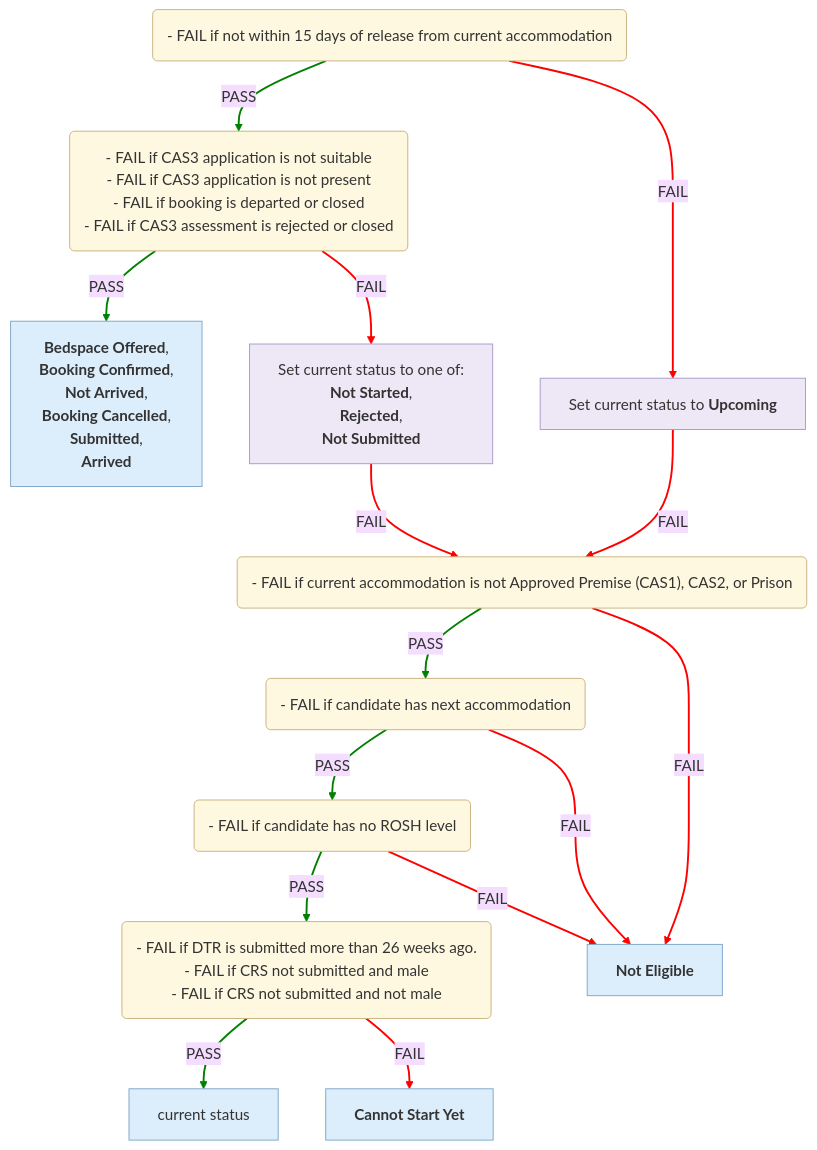
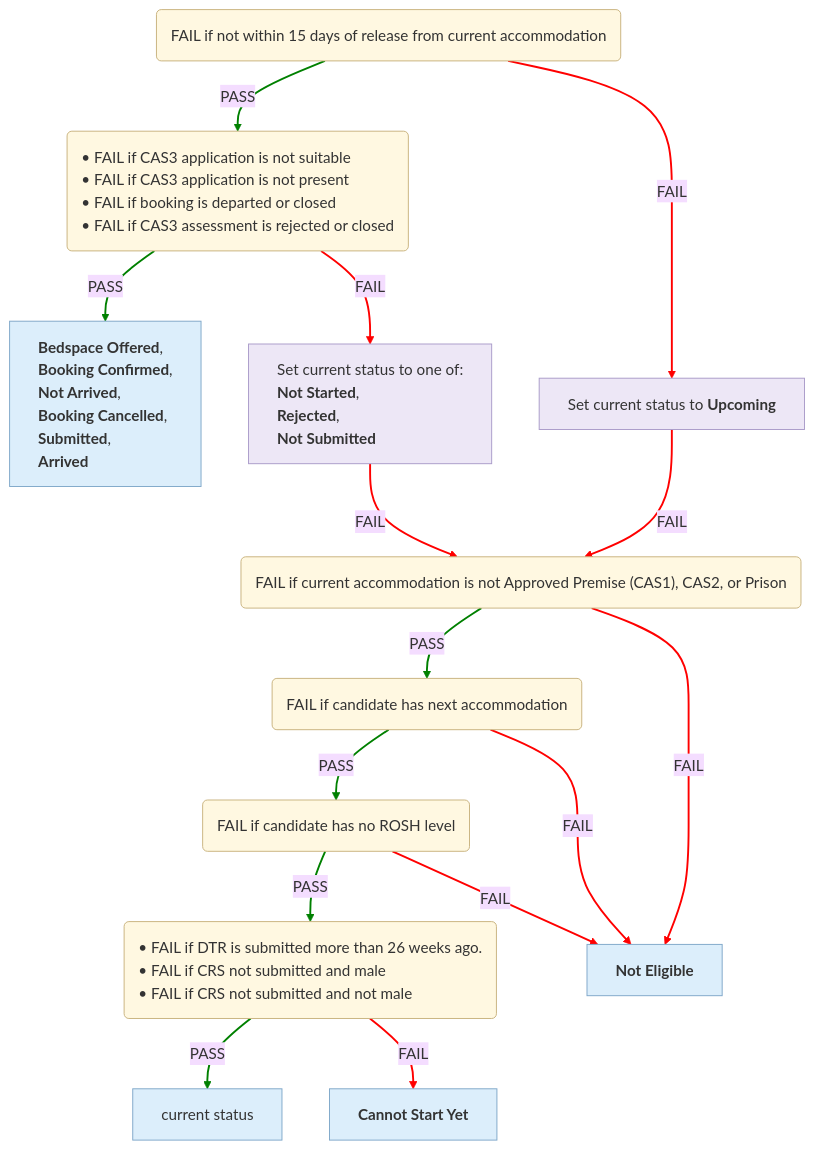
One commit to uk-gov-mirror/ministryofjustice.hmpps-single-accommodation-service-api changed the third of 6 diagrams in docs/eligibility-rules-graph.md. Above: the diagram before and after it, drawn with Mermaid (base theme). The commit also changed other lines of this file and 2 other files, not shown here.

Commit message:
chore/SAS-1532-Use-UI-statuses-in-graph-instead-of-enums

````diff
--- a/docs/eligibility-rules-graph.md
+++ b/docs/eligibility-rules-graph.md
@@ -284,51 +284,51 @@
 ```mermaid
 %%{init: {"flowchart": {"wrappingWidth": 800}}}%%
 flowchart TD
-  Upcoming("- FAIL if not within 15 days of release from current accommodation")
-  Suitability("- FAIL if CAS3 application is not suitable
-- FAIL if CAS3 application is not present
-- FAIL if booking is departed or closed
-- FAIL if CAS3 assessment is rejected or closed")
-  updater_Bedspace_Offered___Booking_Confirmed___Not_Arrived___Booking_Cancelled___Submitted___Arrived["<b>Bedspace Offered</b>,
+  Upcoming("<div style='text-align:left'>FAIL if not within 15 days of release from current accommodation</div>")
+  Suitability("<div style='text-align:left'>• FAIL if CAS3 application is not suitable
+• FAIL if CAS3 application is not present
+• FAIL if booking is departed or closed
+• FAIL if CAS3 assessment is rejected or closed</div>")
+  updater_Bedspace_Offered___Booking_Confirmed___Not_Arrived___Booking_Cancelled___Submitted___Arrived["<div style='text-align:left'><b>Bedspace Offered</b>,
  <b>Booking Confirmed</b>,
  <b>Not Arrived</b>,
  <b>Booking Cancelled</b>,
  <b>Submitted</b>,
- <b>Arrived</b>"]
-  updater_Set_current_status_to_one_of__Not_Started___Rejected___Not_Submitted["Set current status to one of:
+ <b>Arrived</b></div>"]
+  updater_Set_current_status_to_one_of__Not_Started___Rejected___Not_Submitted["<div style='text-align:left'>Set current status to one of:
 <b>Not Started</b>,
  <b>Rejected</b>,
- <b>Not Submitted</b>"]
-  Eligibility_Current_Accommodation("- FAIL if current accommodation is not Approved Premise (CAS1), CAS2, or Prison")
-  Eligibility_Next_Accommodation("- FAIL if candidate has next accommodation")
-  Eligibility_Rosh("- FAIL if candidate has no ROSH level")
-  Prerequisite("- FAIL if DTR is submitted more than 26 weeks ago.
-- FAIL if CRS not submitted and male
-- FAIL if CRS not submitted and not male")
-  current_status["current status"]
-  updater_Cannot_Start_Yet["<b>Cannot Start Yet</b>"]
-  Not_Eligible["<b>Not Eligible</b>"]
-  updater_Set_current_status_to_Upcoming["Set current status to <b>Upcoming</b>"]
+ <b>Not Submitted</b></div>"]
+  Eligibility_Current_Accommodation("<div style='text-align:left'>FAIL if current accommodation is not Approved Premise (CAS1), CAS2, or Prison</div>")
+  Eligibility_Next_Accommodation("<div style='text-align:left'>FAIL if candidate has next accommodation</div>")
+  Eligibility_Rosh("<div style='text-align:left'>FAIL if candidate has no ROSH level</div>")
+  Prerequisite("<div style='text-align:left'>• FAIL if DTR is submitted more than 26 weeks ago.
+• FAIL if CRS not submitted and male
+• FAIL if CRS not submitted and not male</div>")
+  current_status["<div style='text-align:left'>current status</div>"]
+  updater_Cannot_Start_Yet["<div style='text-align:left'><b>Cannot Start Yet</b></div>"]
+  Not_Eligible["<div style='text-align:left'><b>Not Eligible</b></div>"]
+  updater_Set_current_status_to_Upcoming["<div style='text-align:left'>Set current status to <b>Upcoming</b></div>"]
   Suitability -->|PASS| updater_Bedspace_Offered___Booking_Confirmed___Not_Arrived___Booking_Cancelled___Submitted___Arrived
   Suitability -->|FAIL| updater_Set_current_status_to_one_of__Not_Started___Rejected___Not_Submitted
   Prerequisite -->|PASS| current_status
   Prerequisite -->|FAIL| updater_Cannot_Start_Yet
   Eligibility_Rosh -->|PASS| Prerequisite
   Eligibility_Rosh -->|FAIL| Not_Eligible
   Eligibility_Next_Accommodation -->|PASS| Eligibility_Rosh
   Eligibility_Next_Accommodation -->|FAIL| Not_Eligible
   Eligibility_Current_Accommodation -->|PASS| Eligibility_Next_Accommodation
   Eligibility_Current_Accommodation -->|FAIL| Not_Eligible
   updater_Set_current_status_to_one_of__Not_Started___Rejected___Not_Submitted -->|FAIL| Eligibility_Current_Accommodation
   Upcoming -->|PASS| Suitability
   Upcoming -->|FAIL| updater_Set_current_status_to_Upcoming
   updater_Set_current_status_to_Upcoming -->|FAIL| Eligibility_Current_Accommodation
   linkStyle 0,2,4,6,8,11 stroke:green,stroke-width:2px
   linkStyle 1,3,5,7,9,10,12,13 stroke:red,stroke-width:2px
   classDef ruleSetNode fill:#FFF8E1,stroke:#C9B37E,color:#333
   classDef outcomeNode fill:#DCEEFB,stroke:#7FA7C9,color:#333
   classDef updaterNode fill:#EDE7F6,stroke:#A99BC9,color:#333
   class Upcoming,Suitability,Eligibility_Current_Accommodation,Eligibility_Next_Accommodation,Eligibility_Rosh,Prerequisite ruleSetNode
   class updater_Bedspace_Offered___Booking_Confirmed___Not_Arrived___Booking_Cancelled___Submitted___Arrived,current_status,updater_Cannot_Start_Yet,Not_Eligible outcomeNode
   class updater_Set_current_status_to_one_of__Not_Started___Rejected___Not_Submitted,updater_Set_current_status_to_Upcoming updaterNode
 ```
````
